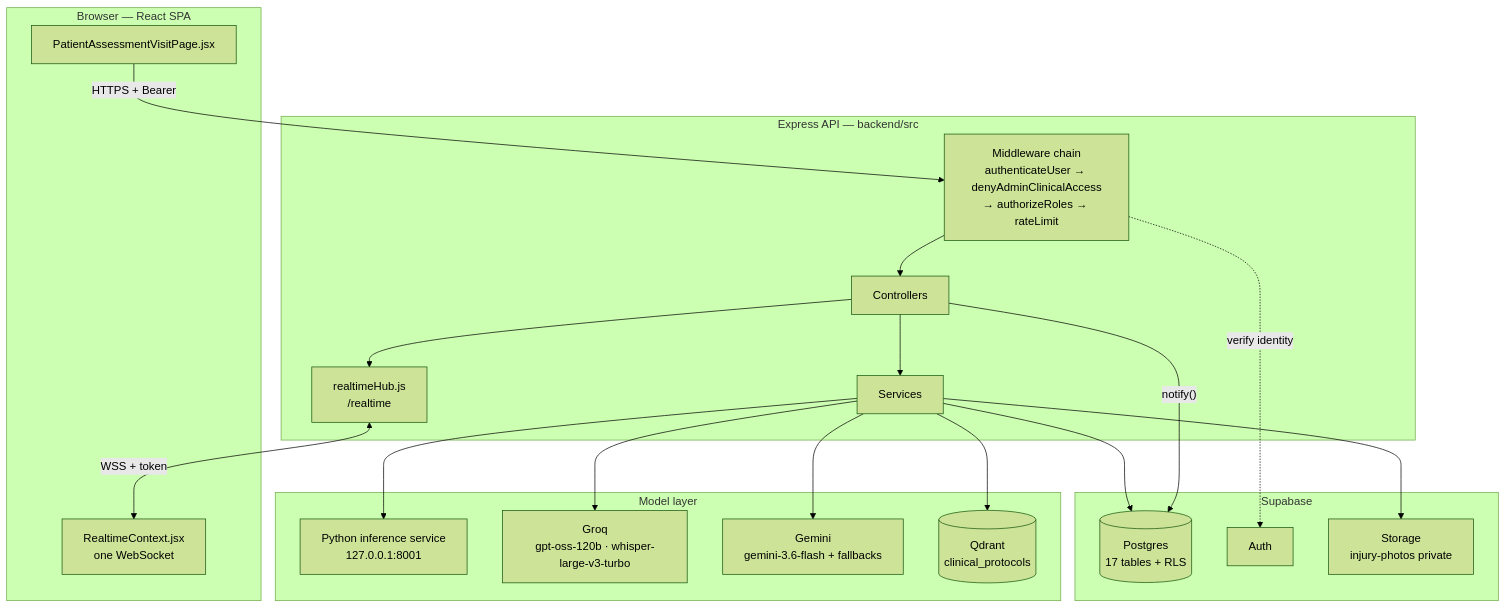
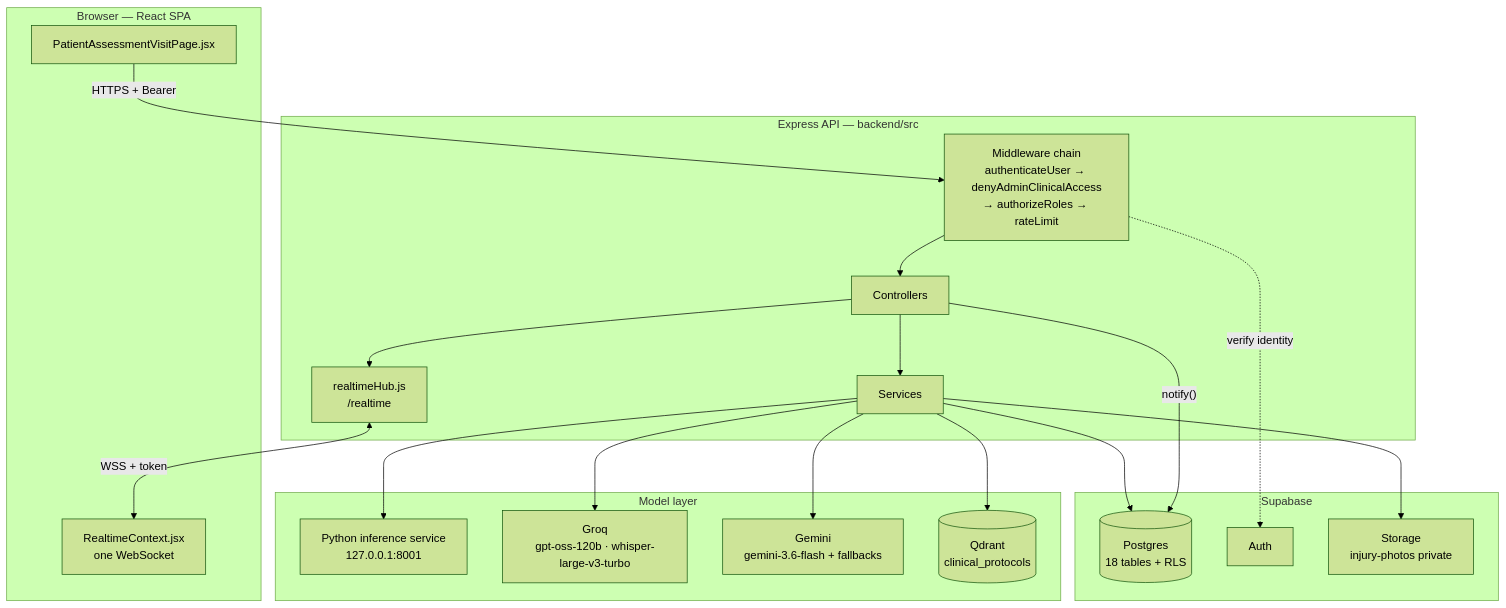
One commit to PriyamMishra853/RURALAI- changed the first of 10 diagrams in PROJECT_DOCUMENTATION/03-data-flow.md. Above: the diagram before and after it, drawn with Mermaid (forest theme). The commit also changed 8 other files, not shown here.

````diff
--- a/PROJECT_DOCUMENTATION/03-data-flow.md
+++ b/PROJECT_DOCUMENTATION/03-data-flow.md
@@ -14,40 +14,40 @@
 ```mermaid
 flowchart TB
     subgraph Client["Browser — React SPA"]
         UI["PatientAssessmentVisitPage.jsx"]
         RT["RealtimeContext.jsx<br/>one WebSocket"]
     end
 
     subgraph API["Express API — backend/src"]
         MW["Middleware chain<br/>authenticateUser → denyAdminClinicalAccess<br/>→ authorizeRoles → rateLimit"]
         CTRL["Controllers"]
         SVC["Services"]
         HUB["realtimeHub.js<br/>/realtime"]
     end
 
     subgraph Data["Supabase"]
-        PG[("Postgres<br/>17 tables + RLS")]
+        PG[("Postgres<br/>18 tables + RLS")]
         AUTH["Auth"]
         STORE["Storage<br/>injury-photos private"]
     end
 
     subgraph Models["Model layer"]
         PY["Python inference service<br/>127.0.0.1:8001"]
         GROQ["Groq<br/>gpt-oss-120b · whisper-large-v3-turbo"]
         GEM["Gemini<br/>gemini-3.6-flash + fallbacks"]
         QD[("Qdrant<br/>clinical_protocols")]
     end
 
     UI -->|"HTTPS + Bearer"| MW
     MW --> CTRL --> SVC
     SVC --> PG
     SVC --> STORE
     SVC --> PY
     SVC --> GROQ
     SVC --> GEM
     SVC --> QD
     CTRL -->|"notify()"| PG
     CTRL --> HUB
     HUB <-->|"WSS + token"| RT
     MW -.->|"verify identity"| AUTH
 ```
````
